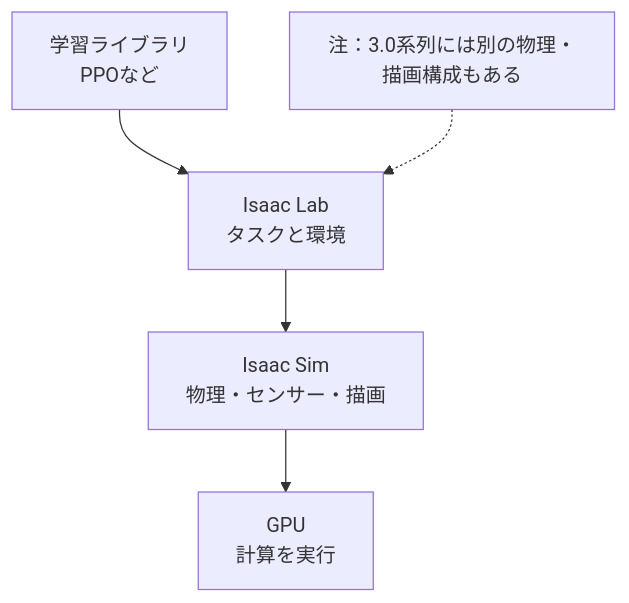
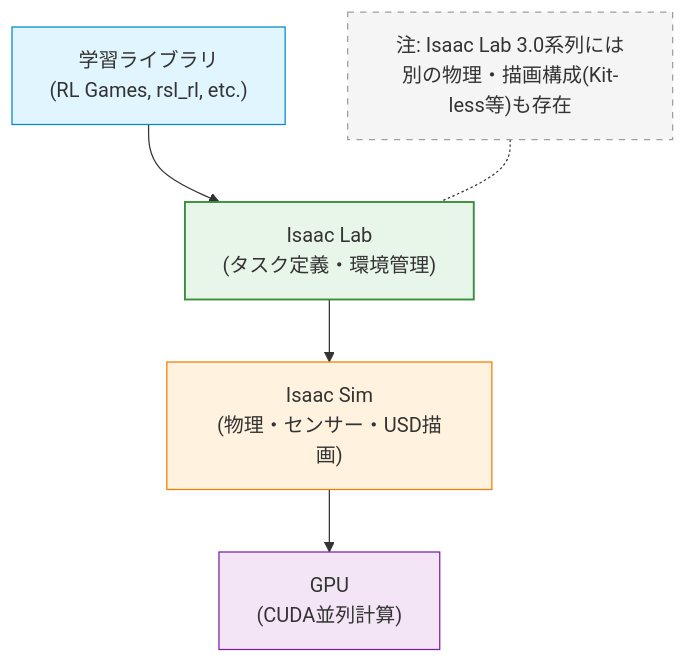
One commit to jalex3421/IsaacLab-Book changed the first of 4 diagrams in chapters/chapter-03.md. Above: the diagram before and after it, drawn with Mermaid. The commit also changed other lines of this file, not shown here.

````diff
--- a/chapters/chapter-03.md
+++ b/chapters/chapter-03.md
@@ -13,7 +15,19 @@
 ```mermaid
 flowchart TB
- L["学習ライブラリ<br/>PPOなど"] --> T["Isaac Lab<br/>タスクと環境"]
- T --> S["Isaac Sim<br/>物理・センサー・描画"]
- S --> G["GPU<br/>計算を実行"]
- N["注：3.0系列には別の物理・描画構成もある"] -.-> T
+    L["学習ライブラリ<br/>(RL Games, rsl_rl, etc.)"]
+    T["Isaac Lab<br/>(タスク定義・環境管理)"]
+    S["Isaac Sim<br/>(物理・センサー・USD描画)"]
+    G["GPU<br/>(CUDA並列計算)"]
+    N["注: Isaac Lab 3.0系列には<br/>別の物理・描画構成(Kit-less等)も存在"]
+
+    L --> T
+    T --> S
+    S --> G
+    N -.- T
+
+    style L fill:#e1f5fe,stroke:#0288d1,stroke-width:1px
+    style T fill:#e8f5e9,stroke:#388e3c,stroke-width:1.5px
+    style S fill:#fff3e0,stroke:#f57c00,stroke-width:1px
+    style G fill:#f3e5f5,stroke:#7b1fa2,stroke-width:1px
+    style N fill:#f5f5f5,stroke:#9e9e9e,stroke-width:1px,stroke-dasharray: 5 5
 ```
````
